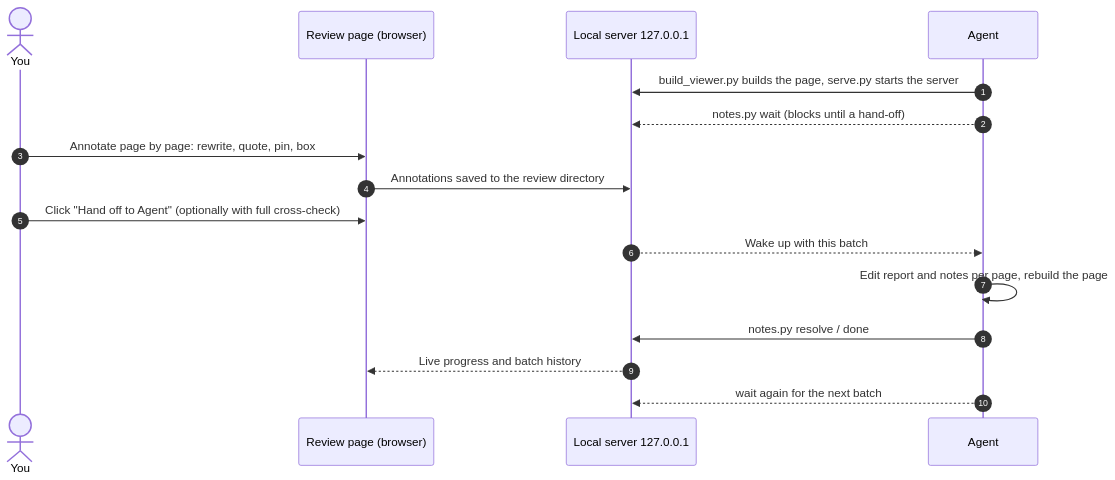
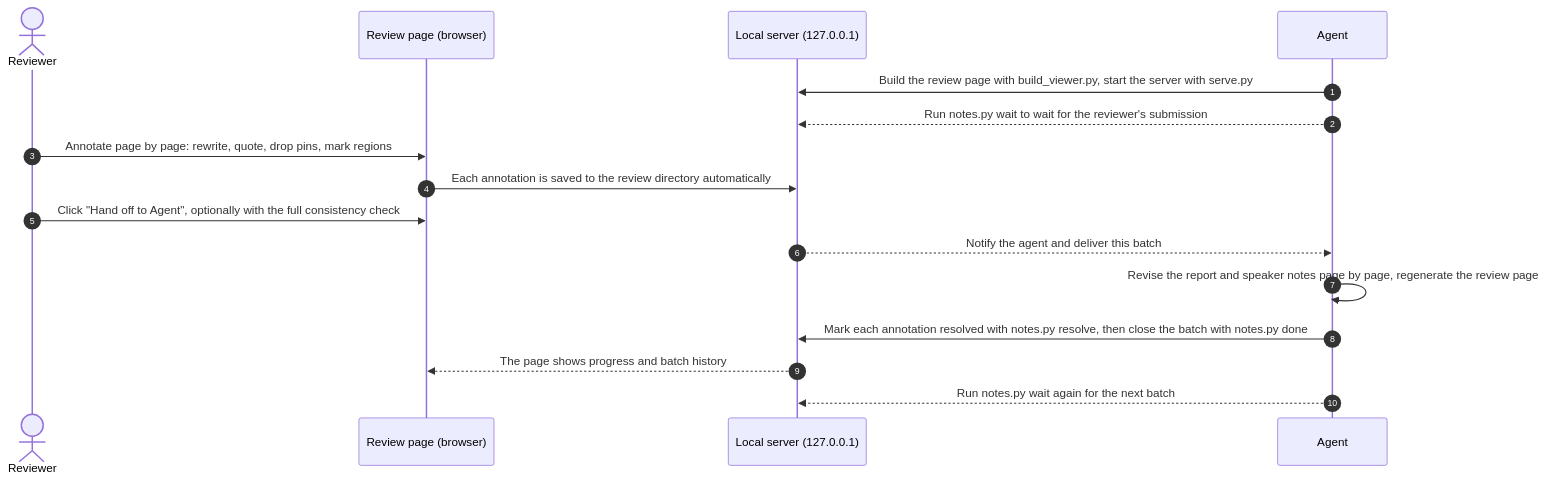
Before and after one commit to hezhongtang/annotation-everything: the second of 4 diagrams in README.en.md, drawn with Mermaid. The commit also changed other lines of this file and 3 other files, not shown here.

First line of the commit message:
docs: 复核 README 与头图文案并补充架构和流程图

````diff
--- a/README.en.md
+++ b/README.en.md
@@ -104,19 +123,19 @@
 ```mermaid
 sequenceDiagram
     autonumber
-    actor U as You
+    actor U as Reviewer
     participant P as Review page (browser)
-    participant S as Local server 127.0.0.1
+    participant S as Local server (127.0.0.1)
     participant A as Agent
 
-    A->>S: build_viewer.py builds the page, serve.py starts the server
-    A-->>S: notes.py wait (blocks until a hand-off)
-    U->>P: Annotate page by page: rewrite, quote, pin, box
-    P->>S: Annotations saved to the review directory
-    U->>P: Click "Hand off to Agent" (optionally with full cross-check)
-    S-->>A: Wake up with this batch
-    A->>A: Edit report and notes per page, rebuild the page
-    A->>S: notes.py resolve / done
-    S-->>P: Live progress and batch history
-    A-->>S: wait again for the next batch
+    A->>S: Build the review page with build_viewer.py, start the server with serve.py
+    A-->>S: Run notes.py wait to wait for the reviewer's submission
+    U->>P: Annotate page by page: rewrite, quote, drop pins, mark regions
+    P->>S: Each annotation is saved to the review directory automatically
+    U->>P: Click "Hand off to Agent", optionally with the full consistency check
+    S-->>A: Notify the agent and deliver this batch
+    A->>A: Revise the report and speaker notes page by page, regenerate the review page
+    A->>S: Mark each annotation resolved with notes.py resolve, then close the batch with notes.py done
+    S-->>P: The page shows progress and batch history
+    A-->>S: Run notes.py wait again for the next batch
 ```
````
